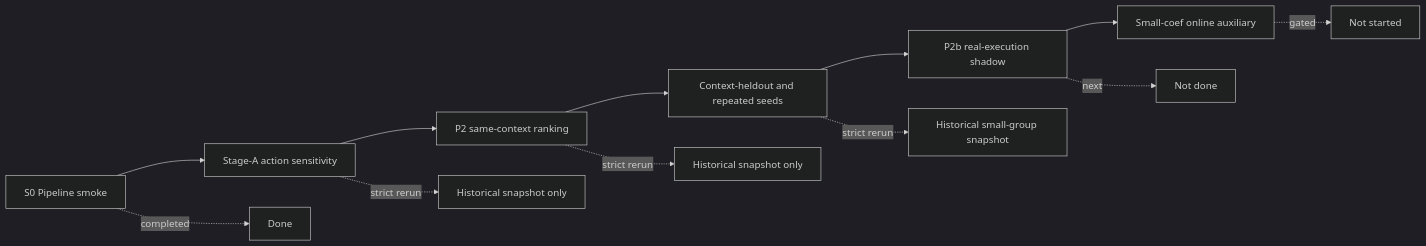
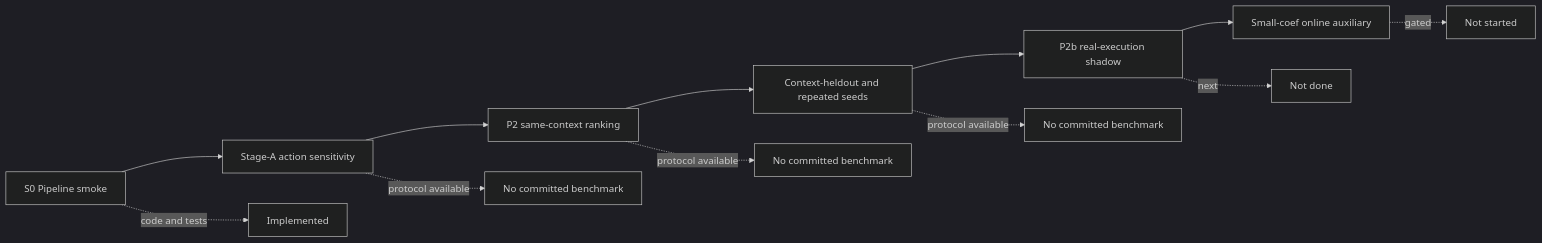
Before and after one commit to puyuan1996/OpenClaw-RL: the fifth of 5 diagrams in rl_doc/openclaw_latent_world_model_value_head_talk_20260714.md, drawn with Mermaid (dark theme). The commit also changed other lines of this file and 21 other files, not shown here.

````diff
--- a/rl_doc/openclaw_latent_world_model_value_head_talk_20260714.md
+++ b/rl_doc/openclaw_latent_world_model_value_head_talk_20260714.md
@@ -526,15 +526,15 @@
 ```mermaid
 flowchart LR
     S0[S0 Pipeline smoke] --> S1[Stage-A action sensitivity]
     S1 --> S2[P2 same-context ranking]
     S2 --> S3[Context-heldout and repeated seeds]
     S3 --> S4[P2b real-execution shadow]
     S4 --> S5[Small-coef online auxiliary]
 
-    S0 -. completed .-> C0[Done]
-    S1 -. strict rerun .-> C1[Historical snapshot only]
-    S2 -. strict rerun .-> C2[Historical snapshot only]
-    S3 -. strict rerun .-> C3[Historical small-group snapshot]
+    S0 -. code and tests .-> C0[Implemented]
+    S1 -. protocol available .-> C1[No committed benchmark]
+    S2 -. protocol available .-> C2[No committed benchmark]
+    S3 -. protocol available .-> C3[No committed benchmark]
     S4 -. next .-> C4[Not done]
     S5 -. gated .-> C5[Not started]
 ```
````
